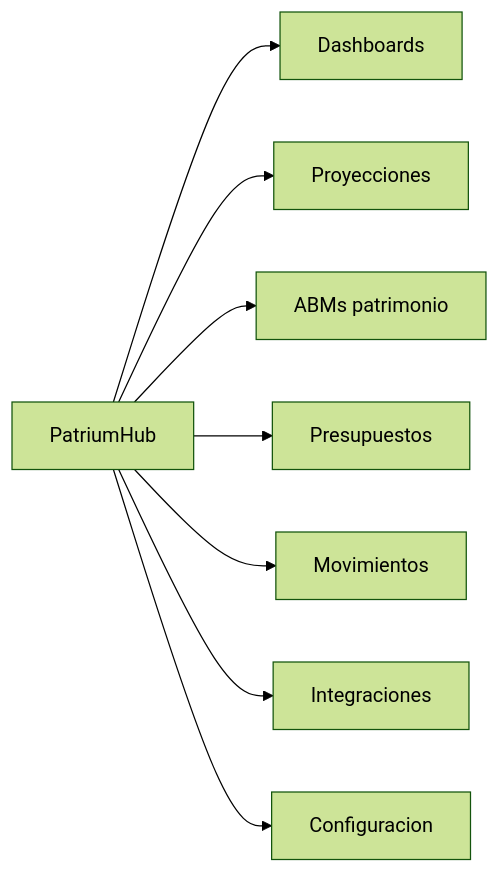
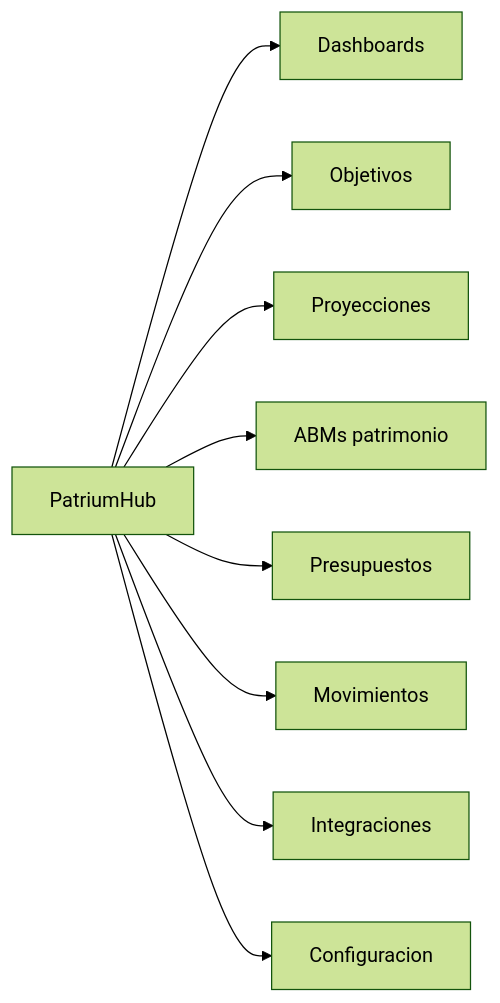
Before and after one commit to PatriumHub/Arquitectura: the diagram in 06-ui-ux.md, drawn with Mermaid (forest theme). The commit also changed other lines of this file and 3 other files, not shown here.

````diff
--- a/06-ui-ux.md
+++ b/06-ui-ux.md
@@ -9,10 +9,11 @@
 ```mermaid
 flowchart LR
   Brand[PatriumHub] --> Dash[Dashboards]
+  Brand --> Goals[Objetivos]
   Brand --> Proj[Proyecciones]
   Brand --> Master[ABMs patrimonio]
   Brand --> Budgets[Presupuestos]
   Brand --> Tx[Movimientos]
   Brand --> Int[Integraciones]
   Brand --> Config[Configuracion]
 ```
````
